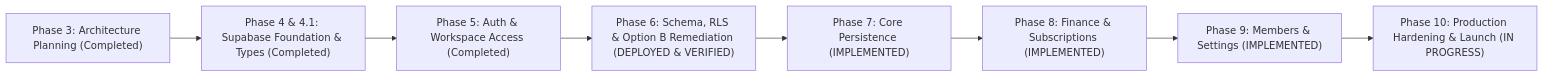
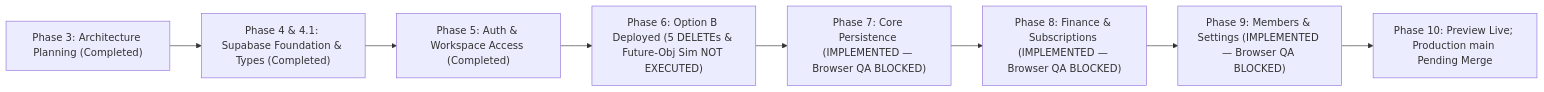
Before and after one commit to khairultajudin/khaispace: the diagram in apps/hub/docs/architecture/MIGRATION-ROADMAP.md, drawn with Mermaid. The commit also changed other lines of this file and 4 other files, not shown here.

Commit message:
chore(hub): reconcile phase 6-10 status, default tests to POST_REMEDIATION, and configure prod env vars

````diff
--- a/apps/hub/docs/architecture/MIGRATION-ROADMAP.md
+++ b/apps/hub/docs/architecture/MIGRATION-ROADMAP.md
@@ -20,10 +20,10 @@
 ```mermaid
 flowchart LR
     P3["Phase 3: Architecture Planning (Completed)"] --> P4["Phase 4 & 4.1: Supabase Foundation & Types (Completed)"]
     P4 --> P5["Phase 5: Auth & Workspace Access (Completed)"]
-    P5 --> P6["Phase 6: Schema, RLS & Option B Remediation (DEPLOYED & VERIFIED)"]
-    P6 --> P7["Phase 7: Core Persistence (IMPLEMENTED)"]
-    P7 --> P8["Phase 8: Finance & Subscriptions (IMPLEMENTED)"]
-    P8 --> P9["Phase 9: Members & Settings (IMPLEMENTED)"]
-    P9 --> P10["Phase 10: Production Hardening & Launch (IN PROGRESS)"]
+    P5 --> P6["Phase 6: Option B Deployed (5 DELETEs & Future-Obj Sim NOT EXECUTED)"]
+    P6 --> P7["Phase 7: Core Persistence (IMPLEMENTED — Browser QA BLOCKED)"]
+    P7 --> P8["Phase 8: Finance & Subscriptions (IMPLEMENTED — Browser QA BLOCKED)"]
+    P8 --> P9["Phase 9: Members & Settings (IMPLEMENTED — Browser QA BLOCKED)"]
+    P9 --> P10["Phase 10: Preview Live; Production main Pending Merge"]
 ```
````
